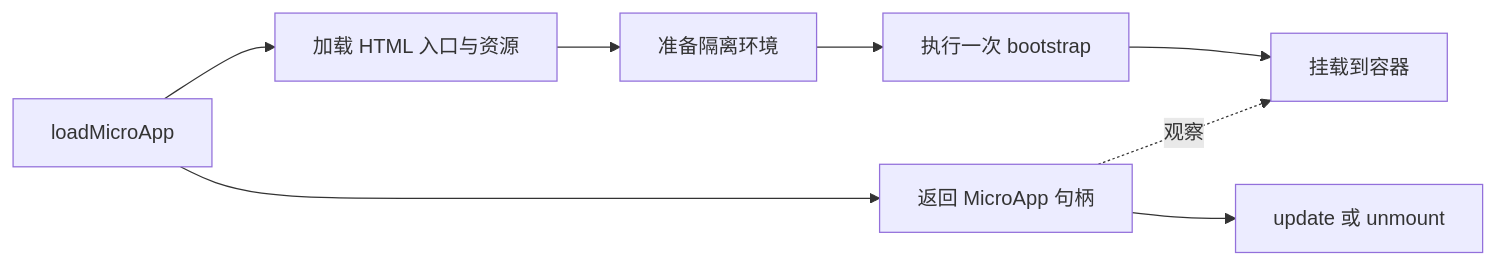
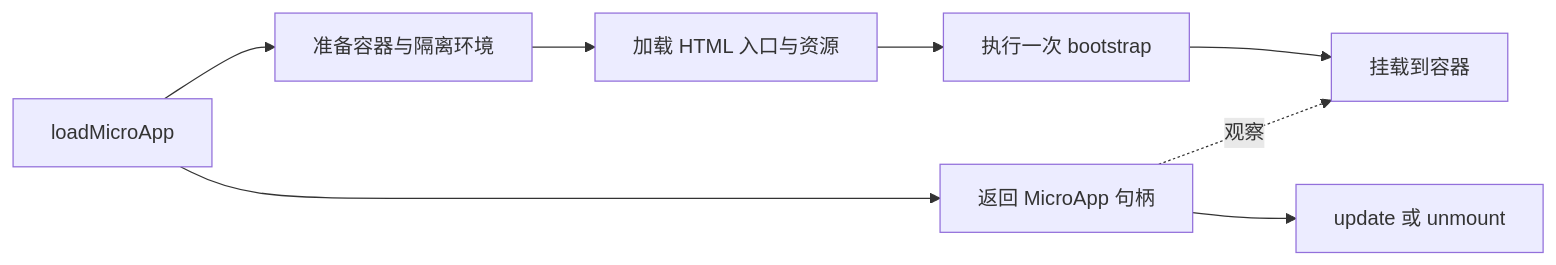
The diagram in docs/zh-CN/concepts/architecture.md (umijs/qiankun), drawn with Mermaid before and after one commit. The commit also changed other lines of this file and 66 other files, not shown here.

````diff
--- a/docs/zh-CN/concepts/architecture.md
+++ b/docs/zh-CN/concepts/architecture.md
@@ -36,10 +36,10 @@
 ```mermaid
 flowchart LR
-  A[loadMicroApp] --> B[加载 HTML 入口与资源]
-  B --> C[准备隔离环境]
+  A[loadMicroApp] --> B[准备容器与隔离环境]
+  B --> C[加载 HTML 入口与资源]
   C --> D[执行一次 bootstrap]
   D --> E[挂载到容器]
   A --> F[返回 MicroApp 句柄]
   F -. 观察 .-> E
   F --> G[update 或 unmount]
 ```
````
